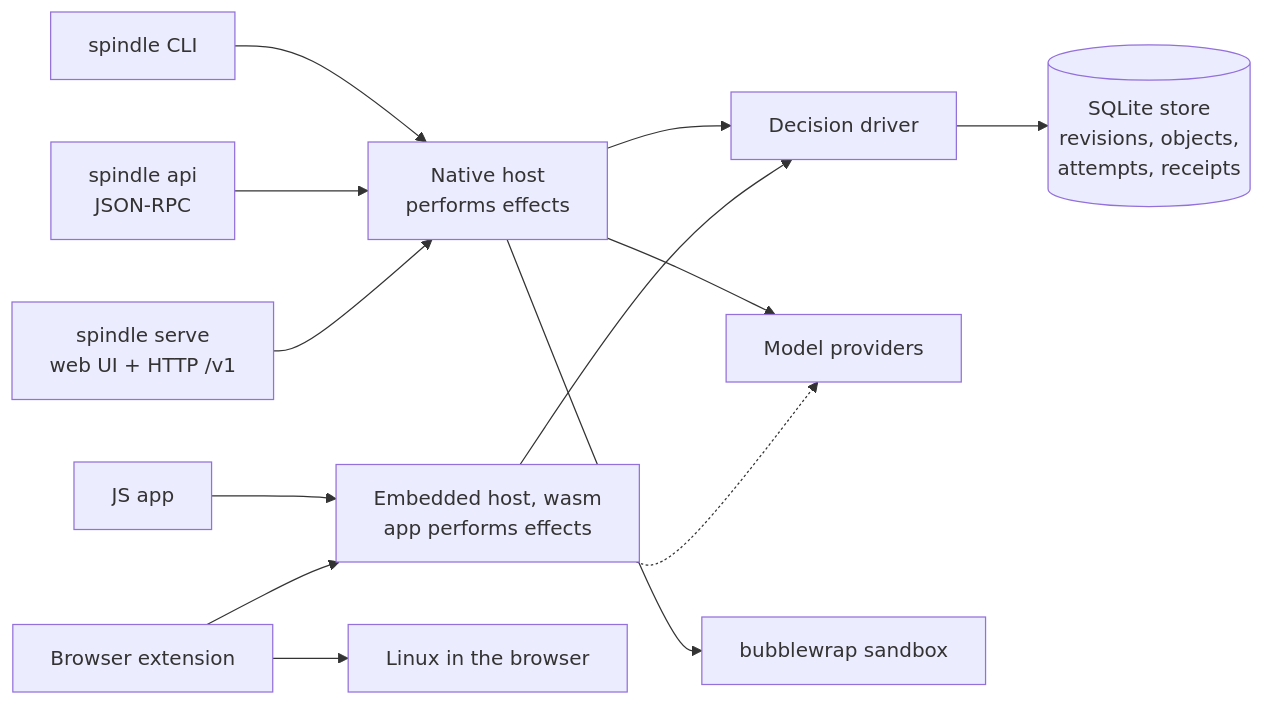
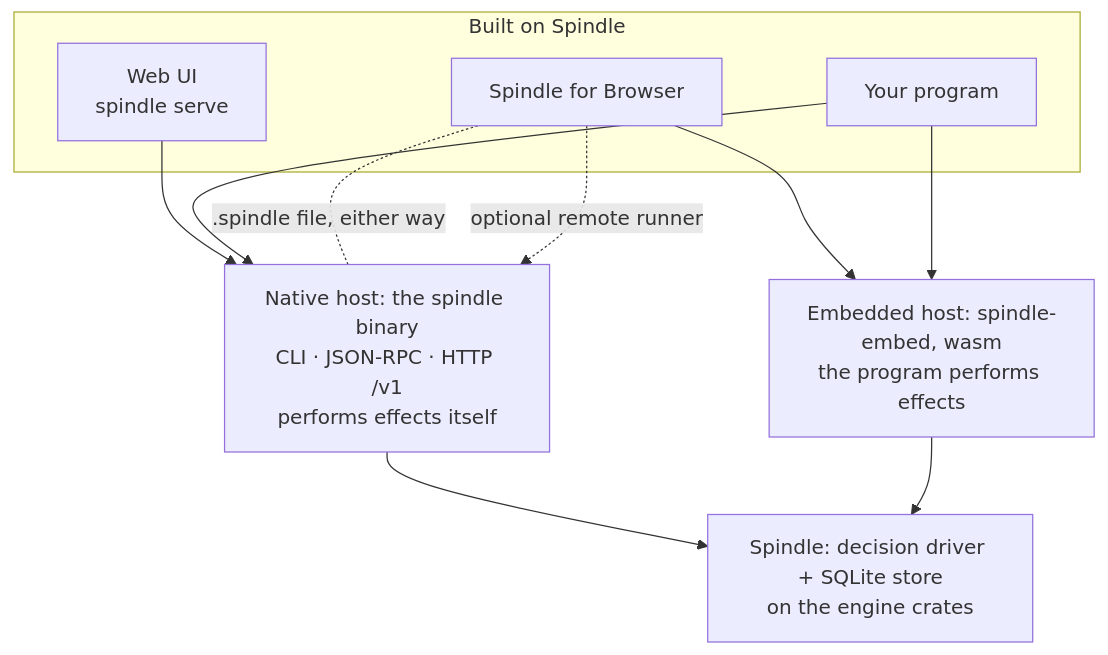
Before and after one commit to SiliconState/Spindle: the diagram in README.md, drawn with Mermaid. The commit also changed other lines of this file, not shown here.

First line of the commit message:
README: the core first, then what is built on it

````diff
--- a/README.md
+++ b/README.md
@@ -63,17 +58,20 @@
 ```mermaid
-flowchart LR
-    CLI["spindle CLI"] --> Native
-    Stdio["spindle api<br/>JSON-RPC"] --> Native
-    Serve["spindle serve<br/>web UI + HTTP /v1"] --> Native
-    App["JS app"] --> Embedded
-    Chrome["Browser extension"] --> Embedded
+flowchart TB
+    subgraph built["Built on Spindle"]
+        Ext["Spindle for Browser"]
+        WebUI["Web UI<br/>spindle serve"]
+        Yours["Your program"]
+    end
+    Native["Native host: the spindle binary<br/>CLI · JSON-RPC · HTTP /v1<br/>performs effects itself"]
+    Embedded["Embedded host: spindle-embed, wasm<br/>the program performs effects"]
+    Core["Spindle: decision driver + SQLite store<br/>on the engine crates"]
 
-    Native["Native host<br/>performs effects"] --> Driver
-    Embedded["Embedded host, wasm<br/>app performs effects"] --> Driver
-
-    Driver["Decision driver"] --> Store[("SQLite store<br/>revisions, objects,<br/>attempts, receipts")]
-    Native --> Providers["Model providers"]
-    Native --> Sandbox["bubblewrap sandbox"]
-    Embedded -.-> Providers
-    Chrome --> BrowserLinux["Linux in the browser"]
+    Ext --> Embedded
+    WebUI --> Native
+    Yours --> Native
+    Yours --> Embedded
+    Native --> Core
+    Embedded --> Core
+    Ext -.-|".spindle file, either way"| Native
+    Ext -.->|"optional remote runner"| Native
 ```
````
